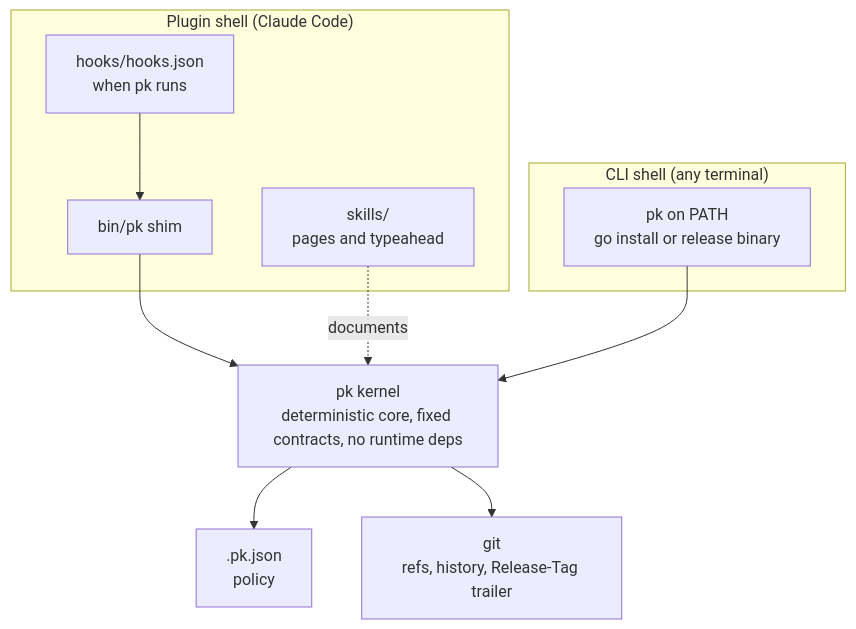
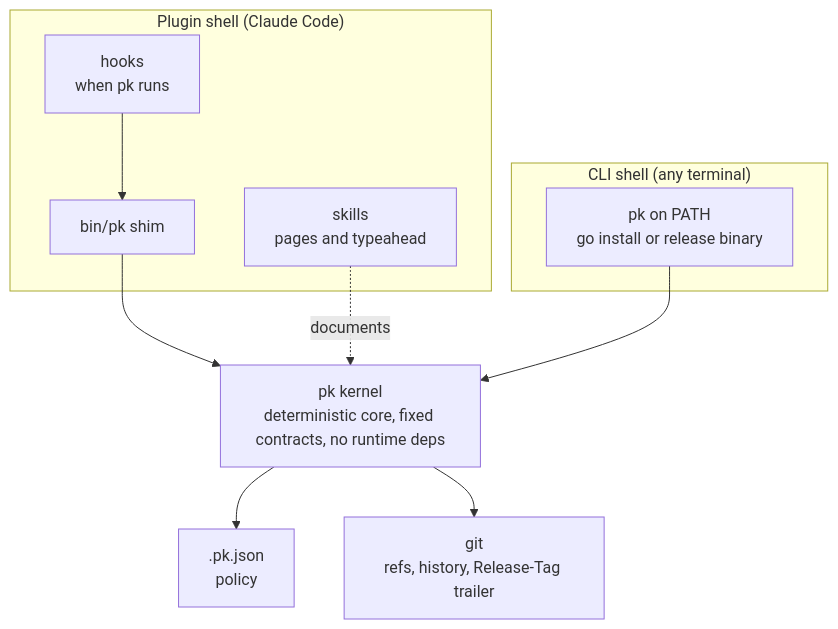
Before and after one commit to markwharton/plankit: the diagram in docs/architecture.md, drawn with Mermaid. The commit also changed other lines of this file and 32 other files, not shown here.

````diff
--- a/docs/architecture.md
+++ b/docs/architecture.md
@@ -17,19 +21,19 @@
 ```mermaid
 flowchart TB
   subgraph plugin["Plugin shell (Claude Code)"]
-    hooks["hooks/hooks.json<br/>when pk runs"]
-    skills["skills/<br/>pages and typeahead"]
+    hooks["hooks<br/>when pk runs"]
+    skills["skills<br/>pages and typeahead"]
     shim["bin/pk shim"]
   end
   subgraph cli["CLI shell (any terminal)"]
     term["pk on PATH<br/>go install or release binary"]
   end
   kernel["pk kernel<br/>deterministic core, fixed contracts, no runtime deps"]
   cfg[".pk.json<br/>policy"]
   git["git<br/>refs, history, Release-Tag trailer"]
   hooks --> shim --> kernel
   skills -. documents .-> kernel
   term --> kernel
   kernel --> cfg
   kernel --> git
 ```
````
